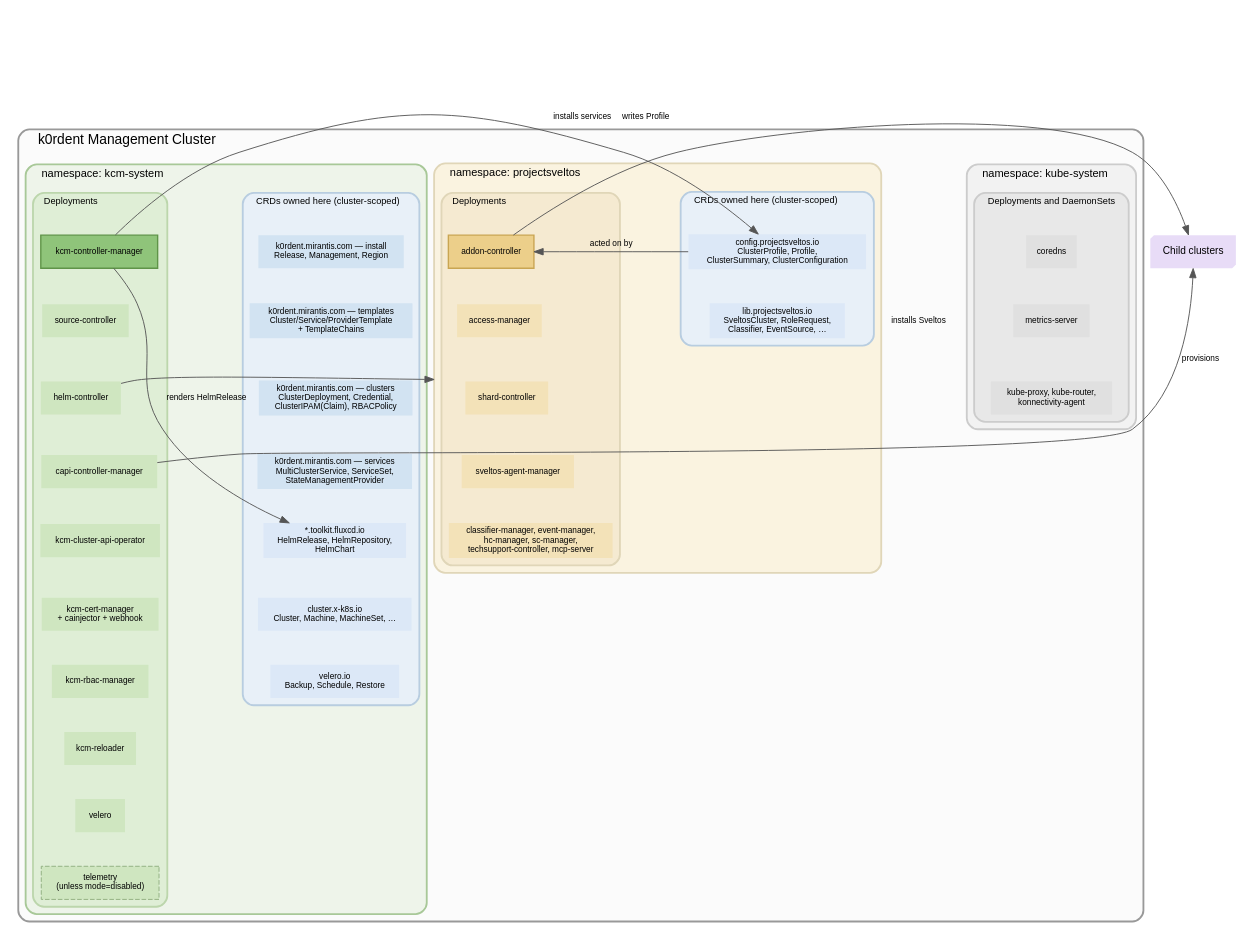
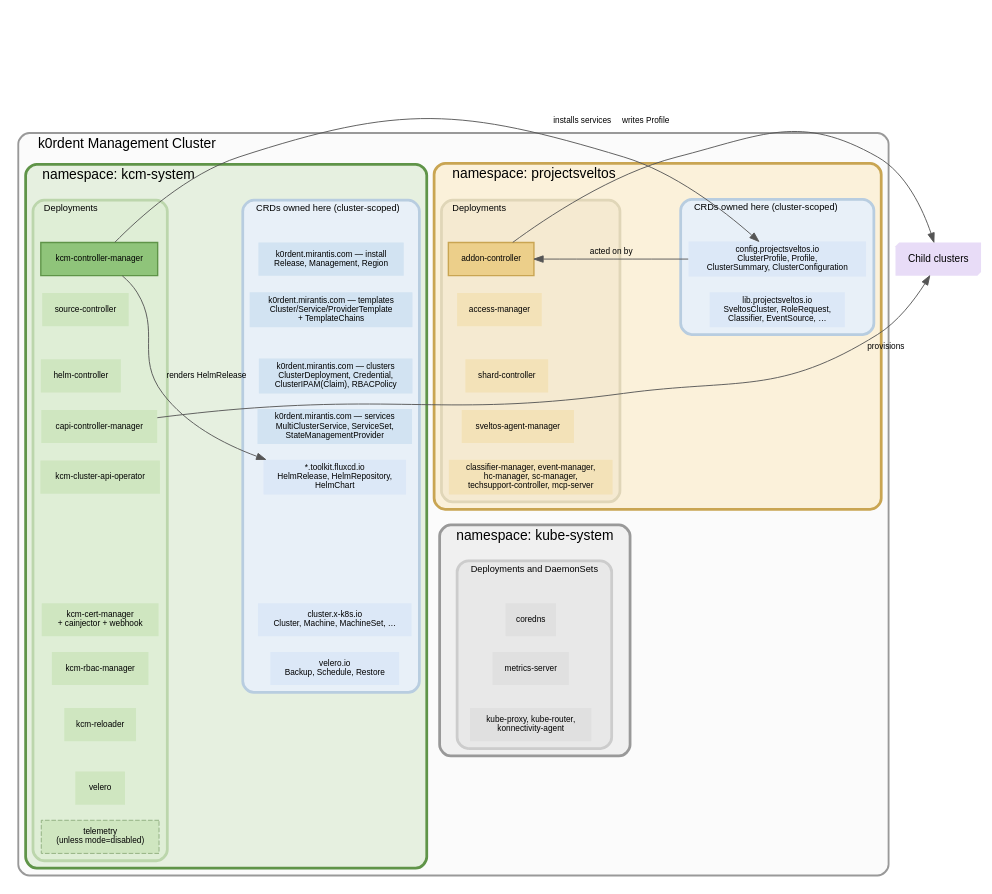
Before and after one commit to josef-hak/kcm: the diagram in docs/architecture.dot, drawn with Graphviz. The commit also changed 1 other file, not shown here.

```diff
--- a/docs/architecture.dot
+++ b/docs/architecture.dot
@@ -1,133 +1,135 @@
 // What runs in a k0rdent management cluster, by namespace. Render with:
 //   dot -Tsvg docs/architecture.dot -o docs/architecture.svg
 //
 // Each namespace box has two columns: the workloads that run there, and the
 // CRDs those workloads own. CRDs are cluster-scoped -- they are placed with
 // their owner, not inside a namespace.
 //
 // Only the edges that cross a namespace are drawn. Within a namespace almost
 // everything talks to everything, and drawing that would say nothing.
 
 digraph cluster_layout {
   rankdir=TB;
   compound=true;
+  ranksep=0.18;
+  nodesep=0.25;
   fontname="Helvetica";
   graph [fontname="Helvetica"];
   node [fontname="Helvetica", fontsize=9, shape=box, style="filled", color="#00000000", margin="0.12,0.06"];
   edge [fontname="Helvetica", fontsize=9, color="#555555"];
 
   subgraph cluster_mgmt {
     label="k0rdent Management Cluster";
     fontsize=15;
     labeljust="l";
     style="rounded,filled";
     fillcolor="#fbfbfb";
     color="#999999";
     penwidth=2;
 
     // ================= kcm-system =====================================
     subgraph cluster_kubesystem {
       label="namespace: kube-system";
-      fontsize=12; labeljust="l";
-      style="rounded,filled"; fillcolor="#f2f2f2"; color="#cccccc";
+      fontsize=15; labeljust="l"; penwidth=3;
+      style="rounded,filled"; fillcolor="#f0f0f0"; color="#999999";
 
       subgraph cluster_ks_wl {
         label="Deployments and DaemonSets";
         fontsize=10; labeljust="l";
         style="rounded,filled"; fillcolor="#e8e8e8"; color="#cccccc";
 
         ks_dns   [fillcolor="#e0e0e0", label="coredns"];
         ks_ms    [fillcolor="#e0e0e0", label="metrics-server"];
         ks_net   [fillcolor="#e0e0e0", label="kube-proxy, kube-router,\nkonnectivity-agent"];
       }
     }
 
     subgraph cluster_sveltos {
       label="namespace: projectsveltos";
-      fontsize=12; labeljust="l";
-      style="rounded,filled"; fillcolor="#faf3e0"; color="#e0d6b8";
+      fontsize=15; labeljust="l"; penwidth=3;
+      style="rounded,filled"; fillcolor="#fbf1da"; color="#c9a552";
 
       subgraph cluster_sv_crd {
         label="CRDs owned here (cluster-scoped)";
         fontsize=10; labeljust="l";
         style="rounded,filled"; fillcolor="#e8f0f8"; color="#b8cde0";
 
         crd_sv_cfg [fillcolor="#dce8f7", label="config.projectsveltos.io\nClusterProfile, Profile,\nClusterSummary, ClusterConfiguration"];
         crd_sv_lib [fillcolor="#dce8f7", label="lib.projectsveltos.io\nSveltosCluster, RoleRequest,\nClassifier, EventSource, …"];
       }
 
       subgraph cluster_sv_wl {
         label="Deployments";
         fontsize=10; labeljust="l";
         style="rounded,filled"; fillcolor="#f5ead1"; color="#e0d6b8";
 
         sv_addon [fillcolor="#eccf8a", penwidth=1.5, color="#c9a552", label="addon-controller"];
         sv_access[fillcolor="#f3e2b8", label="access-manager"];
         sv_shard [fillcolor="#f3e2b8", label="shard-controller"];
         sv_agent [fillcolor="#f3e2b8", label="sveltos-agent-manager"];
         sv_rest  [fillcolor="#f3e2b8", label="classifier-manager, event-manager,\nhc-manager, sc-manager,\ntechsupport-controller, mcp-server"];
       }
     }
 
     subgraph cluster_kcmsystem {
       label="namespace: kcm-system";
-      fontsize=12; labeljust="l";
-      style="rounded,filled"; fillcolor="#eef4ea"; color="#a8c898";
+      fontsize=15; labeljust="l"; penwidth=3;
+      style="rounded,filled"; fillcolor="#e6f0e0"; color="#5f9448";
 
       subgraph cluster_kcm_crd {
         label="CRDs owned here (cluster-scoped)";
         fontsize=10; labeljust="l";
         style="rounded,filled"; fillcolor="#e8f0f8"; color="#b8cde0";
 
         crd_inst [fillcolor="#d2e3f2", label="k0rdent.mirantis.com — install\nRelease, Management, Region"];
         crd_tpl  [fillcolor="#d2e3f2", label="k0rdent.mirantis.com — templates\nCluster/Service/ProviderTemplate\n+ TemplateChains"];
         crd_cd   [fillcolor="#d2e3f2", label="k0rdent.mirantis.com — clusters\nClusterDeployment, Credential,\nClusterIPAM(Claim), RBACPolicy"];
         crd_ksm  [fillcolor="#d2e3f2", label="k0rdent.mirantis.com — services\nMultiClusterService, ServiceSet,\nStateManagementProvider"];
         crd_flux [fillcolor="#dce8f7", label="*.toolkit.fluxcd.io\nHelmRelease, HelmRepository,\nHelmChart"];
         crd_capi [fillcolor="#dce8f7", label="cluster.x-k8s.io\nCluster, Machine, MachineSet, …"];
         crd_vel  [fillcolor="#dce8f7", label="velero.io\nBackup, Schedule, Restore"];
       }
 
       subgraph cluster_kcm_wl {
         label="Deployments";
         fontsize=10; labeljust="l";
         style="rounded,filled"; fillcolor="#dfeed6"; color="#bcd6ac";
 
         kcm_mgr   [fillcolor="#8fc47a", penwidth=1.5, color="#5f9448", label="kcm-controller-manager"];
         kcm_src   [fillcolor="#cfe6c0", label="source-controller"];
         kcm_helm  [fillcolor="#cfe6c0", label="helm-controller"];
         kcm_capi  [fillcolor="#cfe6c0", label="capi-controller-manager"];
         kcm_capiop[fillcolor="#cfe6c0", label="kcm-cluster-api-operator"];
         kcm_cert  [fillcolor="#cfe6c0", label="kcm-cert-manager\n+ cainjector + webhook"];
         kcm_rbac  [fillcolor="#cfe6c0", label="kcm-rbac-manager"];
         kcm_rel   [fillcolor="#cfe6c0", label="kcm-reloader"];
         kcm_vel   [fillcolor="#cfe6c0", label="velero"];
         // only rendered when telemetry.mode is not "disabled"
         kcm_tel   [fillcolor="#cfe6c0", style="filled,dashed", color="#8fae7f",
                    label="telemetry\n(unless mode=disabled)"];
       }
     }
   }
 
   Child [fillcolor="#e8dcf7", style="filled", shape=box3d, fontsize=11, label="Child clusters"];
 
 
   // Invisible chains: without them the members of a column land on one rank and
   // the "columns" come out as rows.
   edge [style=invis, weight=10];
   kcm_mgr -> kcm_src -> kcm_helm -> kcm_capi -> kcm_capiop -> kcm_cert -> kcm_rbac -> kcm_rel -> kcm_vel -> kcm_tel;
   crd_inst -> crd_tpl -> crd_cd -> crd_ksm -> crd_flux -> crd_capi -> crd_vel;
   sv_addon -> sv_access -> sv_shard -> sv_agent -> sv_rest;
   crd_sv_cfg -> crd_sv_lib;
   ks_dns -> ks_ms -> ks_net;
+  sv_rest -> ks_dns;   // puts kube-system under projectsveltos
   edge [style=solid, weight=1];
 
 
   // ---- only what crosses a namespace ------------------------------------
   kcm_mgr -> crd_flux  [constraint=false, label="renders HelmRelease"];
-  kcm_helm -> sv_addon [constraint=false, lhead=cluster_sveltos, label="installs Sveltos"];
   kcm_mgr -> crd_sv_cfg [constraint=false, label="writes Profile"];
   crd_sv_cfg -> sv_addon [constraint=false, label="acted on by"];
   sv_addon -> Child [constraint=false, label="installs services"];
   kcm_capi -> Child [constraint=false, label="provisions"];
 }
```
